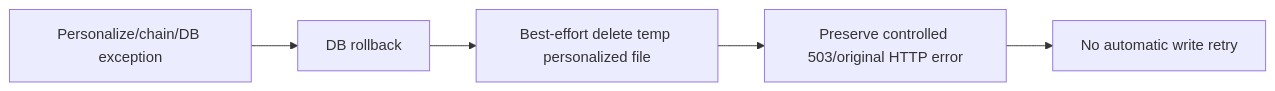
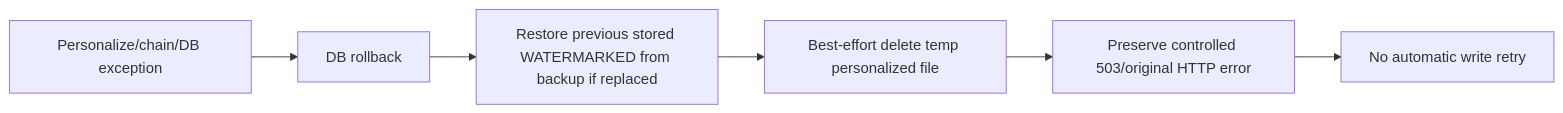
One commit to laziesv/CapstoneProject changed diagram 25 of 36 in docs/block/02-ARCHITECTURE-AND-FLOWS.md. Above: the diagram before and after it, drawn with Mermaid. The commit also changed other lines of this file and 10 other files, not shown here.

````diff
--- a/docs/block/02-ARCHITECTURE-AND-FLOWS.md
+++ b/docs/block/02-ARCHITECTURE-AND-FLOWS.md
@@ -497,7 +502,8 @@
 ```mermaid
 flowchart LR
   FAIL[Personalize/chain/DB exception] --> RB[DB rollback]
-  RB --> DEL[Best-effort delete temp personalized file]
+  RB --> RESTORE[Restore previous stored WATERMARKED from backup if replaced]
+  RESTORE --> DEL[Best-effort delete temp personalized file]
   DEL --> RESP[Preserve controlled 503/original HTTP error]
   RESP --> NR[No automatic write retry]
 ```
````
